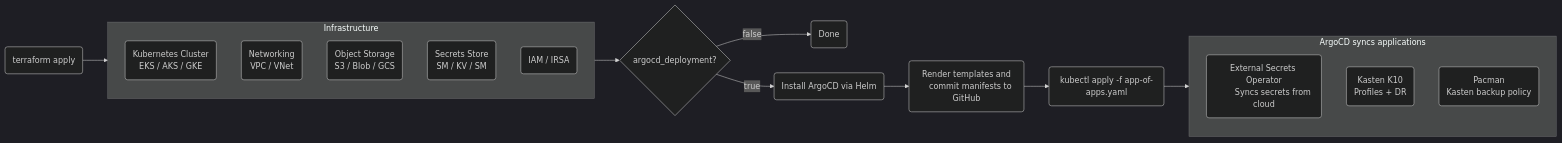
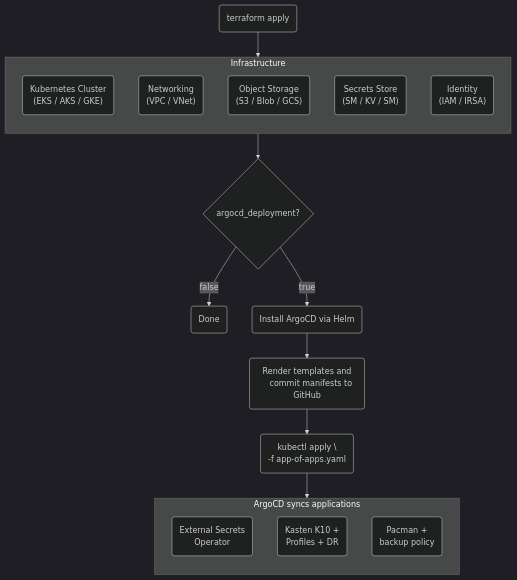
Before and after one commit to MichaelHaigh/kasten-automation: the second of 2 diagrams in README.md, drawn with Mermaid (dark theme). The commit also changed other lines of this file, not shown here.

Commit message:
adding 2 mermaid options

````diff
--- a/README.md
+++ b/README.md
@@ -19,35 +53,37 @@
 ```mermaid
-flowchart LR
+flowchart TB
     A(terraform apply) --> B
 
     subgraph B["Infrastructure"]
         direction TB
         B1("Kubernetes Cluster
-        EKS / AKS / GKE")
+        (EKS / AKS / GKE)")
         B2("Networking
-        VPC / VNet")
+        (VPC / VNet)")
         B3("Object Storage
-        S3 / Blob / GCS")
+        (S3 / Blob / GCS)")
         B4("Secrets Store
-        SM / KV / SM")
-        B5("IAM / IRSA")
+        (SM / KV / SM)")
+        B5("Identity
+        (IAM / IRSA)")
     end
 
     B --> C{argocd_deployment?}
     C -- false --> D(Done)
     C -- true --> E("Install ArgoCD via Helm")
     E --> F("Render templates and
     commit manifests to GitHub")
-    F --> G("kubectl apply -f app-of-apps.yaml")
+    F --> G("kubectl apply \
+    -f app-of-apps.yaml")
     G --> H
 
     subgraph H["ArgoCD syncs applications"]
         direction TB
-        H1("External Secrets Operator
-        Syncs secrets from cloud")
-        H2("Kasten K10
+        H1("External Secrets
+        Operator")
+        H2("Kasten K10 +
         Profiles + DR")
-        H3("Pacman
-        Kasten backup policy")
+        H3("Pacman +
+        backup policy")
     end
 ```
````
